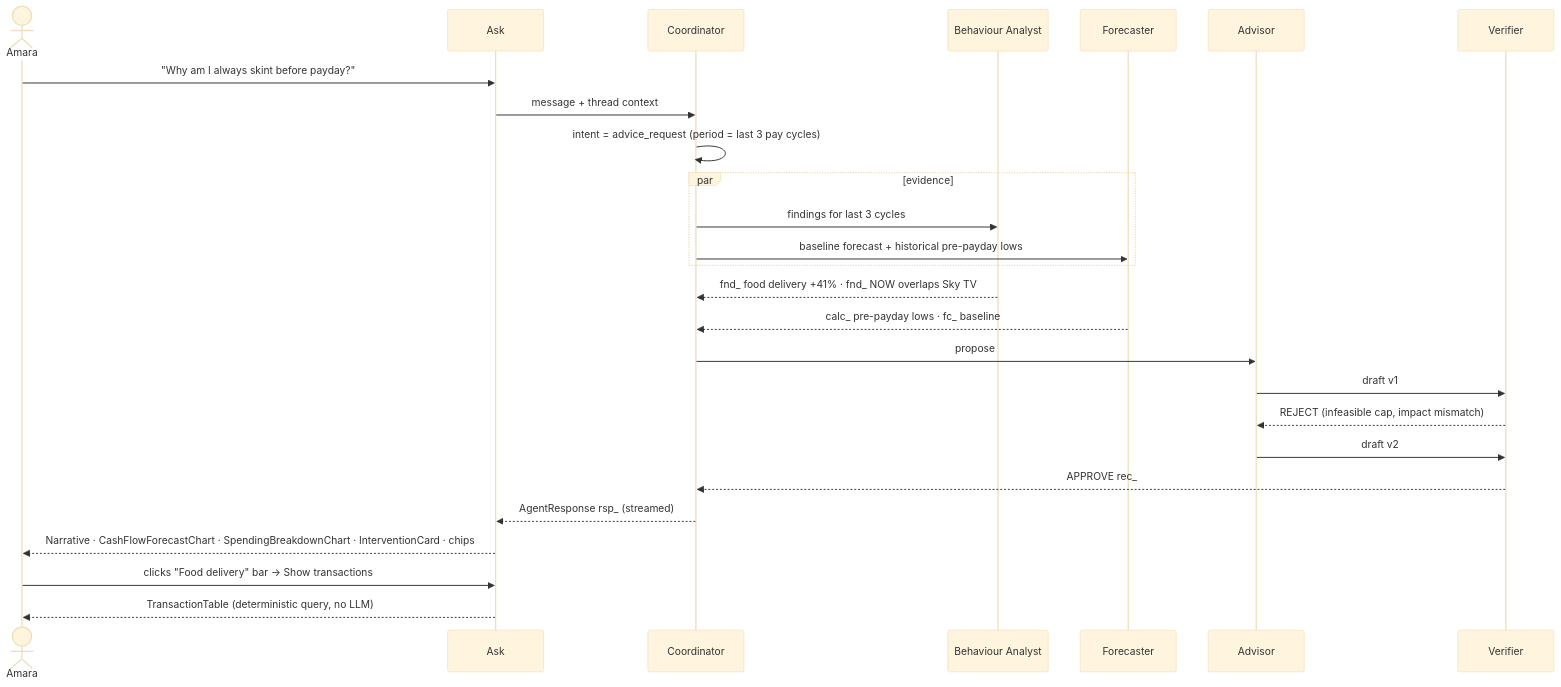
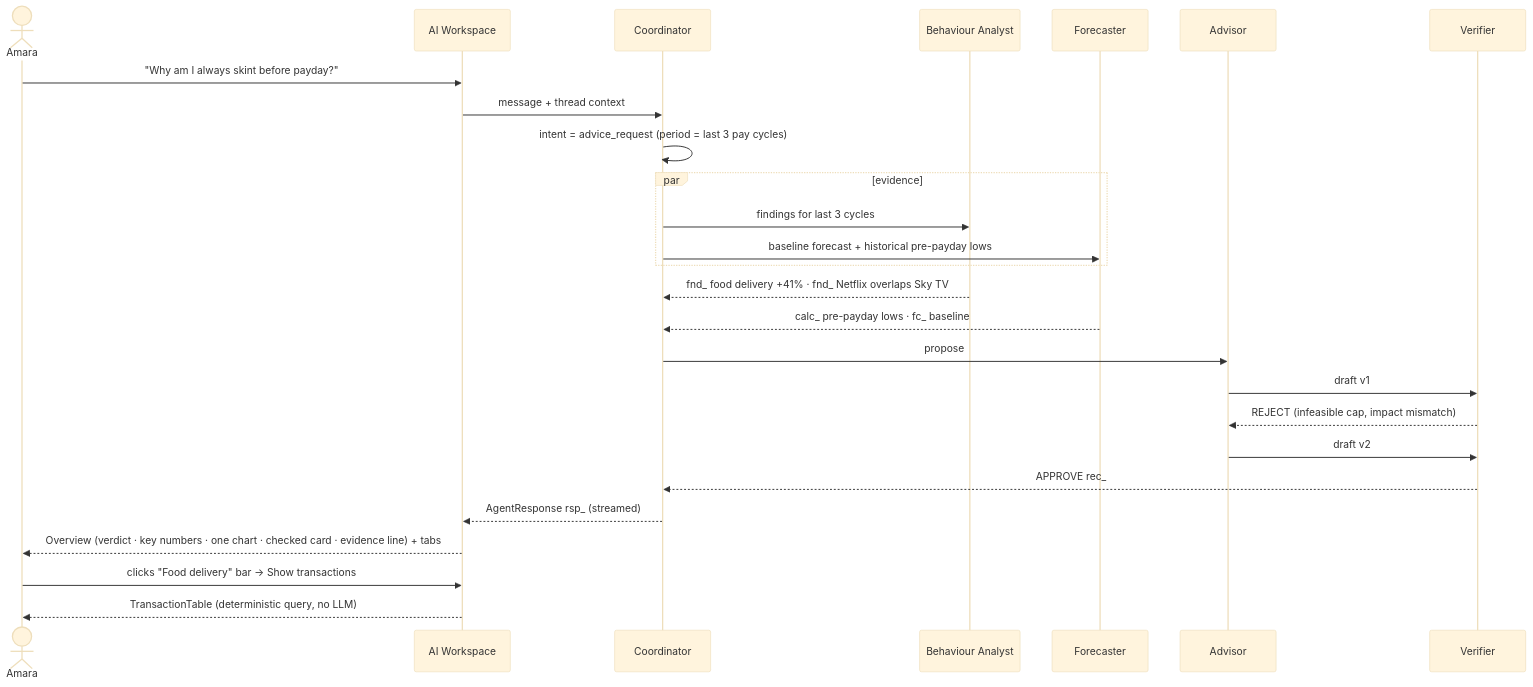
The sixth of 13 diagrams in docs/03-USER-JOURNEYS.md (olaheavy-dev/Foresight), drawn with Mermaid (base theme) before and after one commit. The commit also changed other lines of this file and 122 other files, not shown here.

````diff
--- a/docs/03-USER-JOURNEYS.md
+++ b/docs/03-USER-JOURNEYS.md
@@ -196,28 +196,28 @@
 ```mermaid
 sequenceDiagram
   actor U as Amara
-  participant W as Ask
+  participant W as AI Workspace
   participant C as Coordinator
   participant A as Behaviour Analyst
   participant F as Forecaster
   participant AD as Advisor
   participant V as Verifier
   U->>W: "Why am I always skint before payday?"
   W->>C: message + thread context
   C->>C: intent = advice_request (period = last 3 pay cycles)
   par evidence
     C->>A: findings for last 3 cycles
     C->>F: baseline forecast + historical pre-payday lows
   end
-  A-->>C: fnd_ food delivery +41% · fnd_ NOW overlaps Sky TV
+  A-->>C: fnd_ food delivery +41% · fnd_ Netflix overlaps Sky TV
   F-->>C: calc_ pre-payday lows · fc_ baseline
   C->>AD: propose
   AD->>V: draft v1
   V-->>AD: REJECT (infeasible cap, impact mismatch)
   AD->>V: draft v2
   V-->>C: APPROVE rec_
   C-->>W: AgentResponse rsp_ (streamed)
-  W-->>U: Narrative · CashFlowForecastChart · SpendingBreakdownChart · InterventionCard · chips
+  W-->>U: Overview (verdict · key numbers · one chart · checked card · evidence line) + tabs
   U->>W: clicks "Food delivery" bar → Show transactions
   W-->>U: TransactionTable (deterministic query, no LLM)
 ```
````
